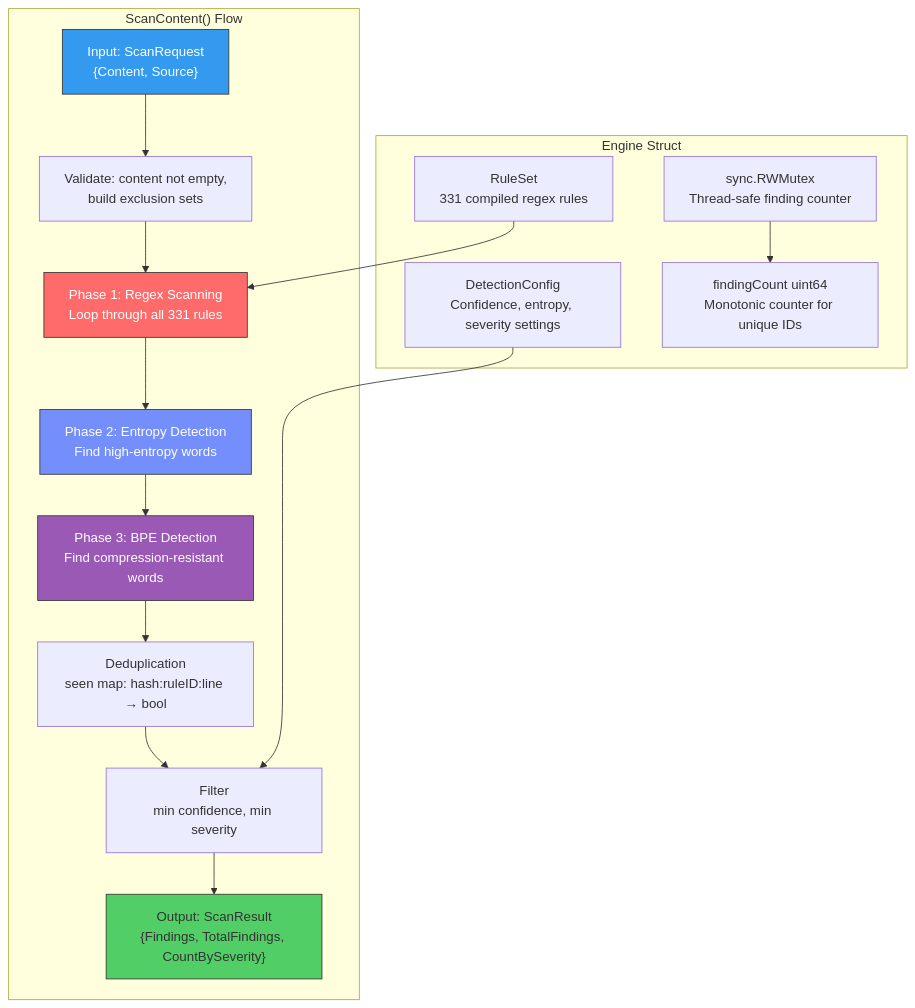
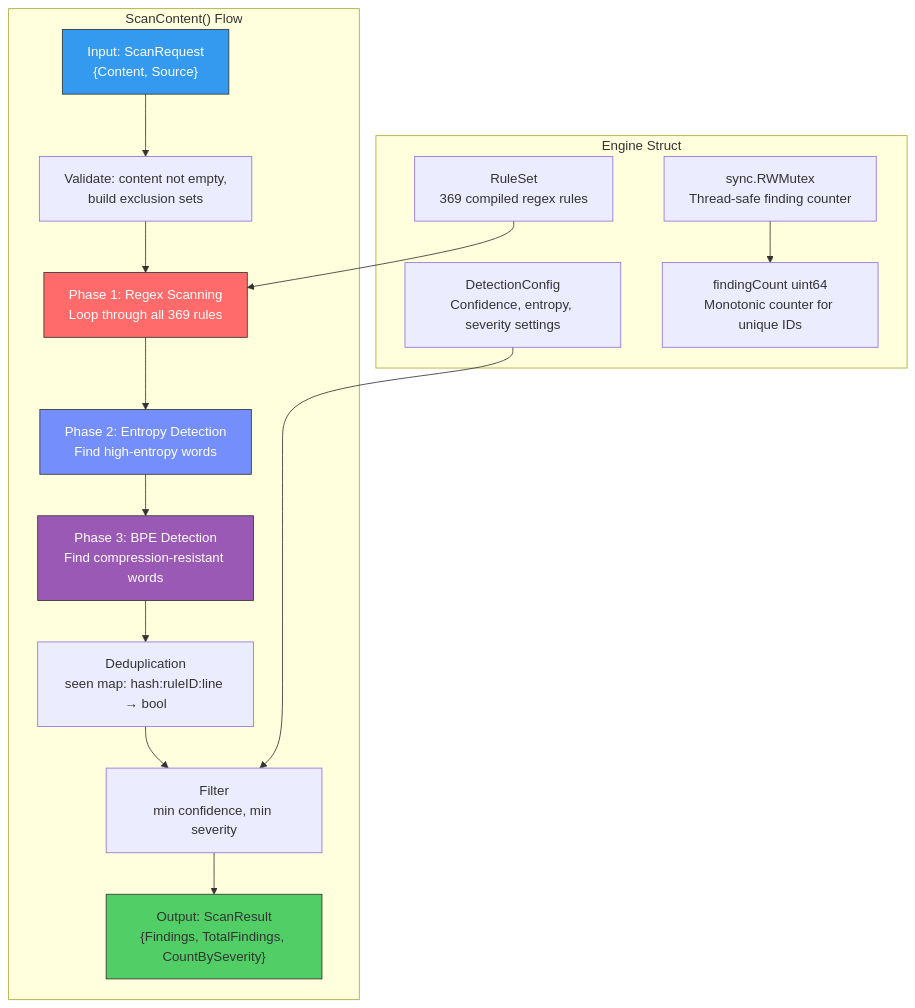
Diagram 13 of 60 in docs/training/00-System-Design.md (svemulapati/CredVigil), drawn with Mermaid before and after one commit. The commit also changed other lines of this file and 20 other files, not shown here.

````diff
--- a/docs/training/00-System-Design.md
+++ b/docs/training/00-System-Design.md
@@ -754,32 +754,32 @@
 ```mermaid
 graph TD
     subgraph "Engine Struct"
-        RS["RuleSet<br/>331 compiled regex rules"]
+        RS["RuleSet<br/>369 compiled regex rules"]
         MU["sync.RWMutex<br/>Thread-safe finding counter"]
         CFG["DetectionConfig<br/>Confidence, entropy, severity settings"]
         FC["findingCount uint64<br/>Monotonic counter for unique IDs"]
     end
 
     subgraph "ScanContent() Flow"
         INPUT["Input: ScanRequest<br/>{Content, Source}"]
         VALIDATE["Validate: content not empty,<br/>build exclusion sets"]
-        REGEX["Phase 1: Regex Scanning<br/>Loop through all 331 rules"]
+        REGEX["Phase 1: Regex Scanning<br/>Loop through all 369 rules"]
         ENTROP["Phase 2: Entropy Detection<br/>Find high-entropy words"]
         BPE["Phase 3: BPE Detection<br/>Find compression-resistant words"]
         DEDUP["Deduplication<br/>seen map: hash:ruleID:line → bool"]
         FILTER["Filter<br/>min confidence, min severity"]
         OUTPUT["Output: ScanResult<br/>{Findings, TotalFindings, CountBySeverity}"]
     end
 
     INPUT --> VALIDATE --> REGEX --> ENTROP --> BPE --> DEDUP --> FILTER --> OUTPUT
 
     RS --> REGEX
     CFG --> FILTER
     MU --> FC
 
     style INPUT fill:#339af0,stroke:#333,color:#fff
     style OUTPUT fill:#51cf66,stroke:#333
     style REGEX fill:#ff6b6b,stroke:#333,color:#fff
     style ENTROP fill:#748ffc,stroke:#333,color:#fff
     style BPE fill:#9b59b6,stroke:#333,color:#fff
 ```
````
